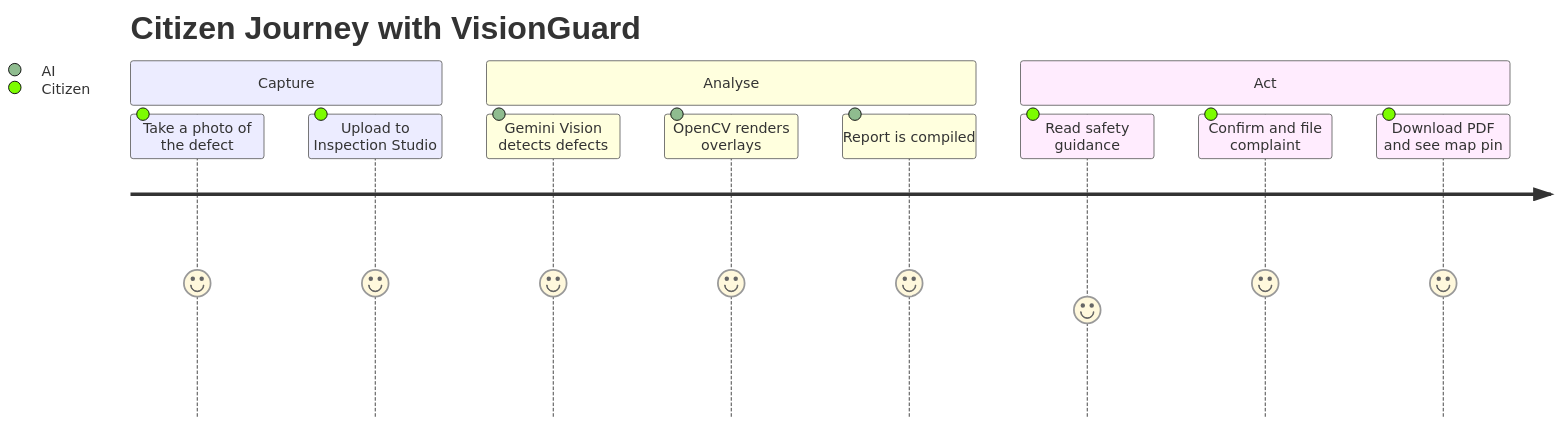
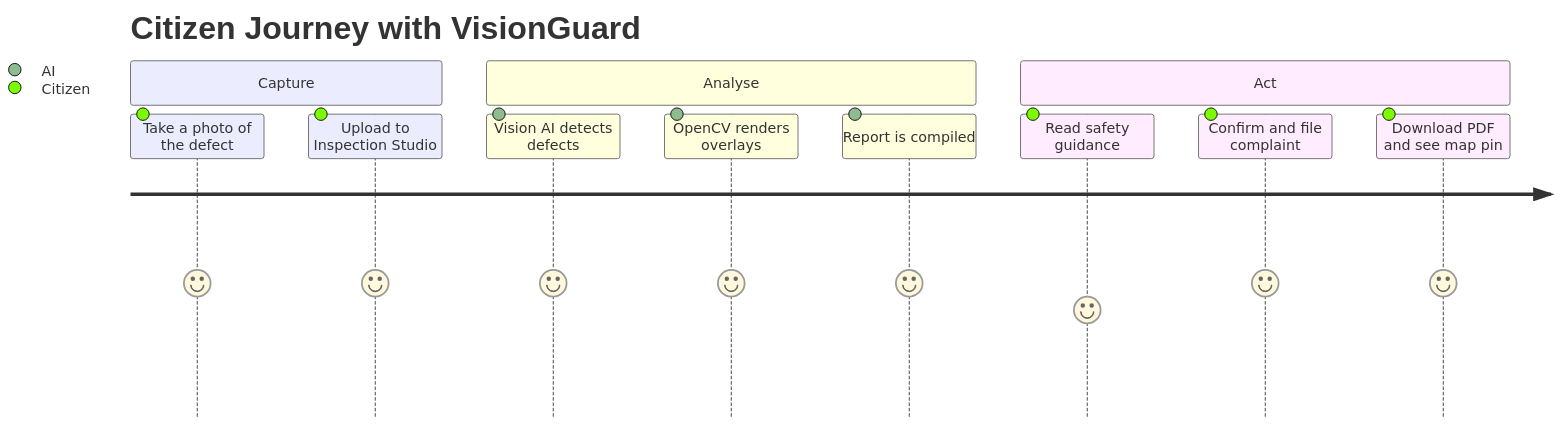
One commit to Sandesh-Narkar/Sandesh-Narkar changed the first of 2 diagrams in README.md. Above: the diagram before and after it, drawn with Mermaid. The commit also changed other lines of this file, not shown here.

First line of the commit message:
Revise README for VisionGuard AI 2.0 branding

````diff
--- a/README.md
+++ b/README.md
@@ -105,15 +111,15 @@
 ```mermaid
 journey
     title Citizen Journey with VisionGuard
     section Capture
       Take a photo of the defect: 5: Citizen
       Upload to Inspection Studio: 5: Citizen
     section Analyse
-      Gemini Vision detects defects: 5: AI
+      Vision AI detects defects: 5: AI
       OpenCV renders overlays: 5: AI
       Report is compiled: 5: AI
     section Act
       Read safety guidance: 4: Citizen
       Confirm and file complaint: 5: Citizen
       Download PDF and see map pin: 5: Citizen
 ```
````
